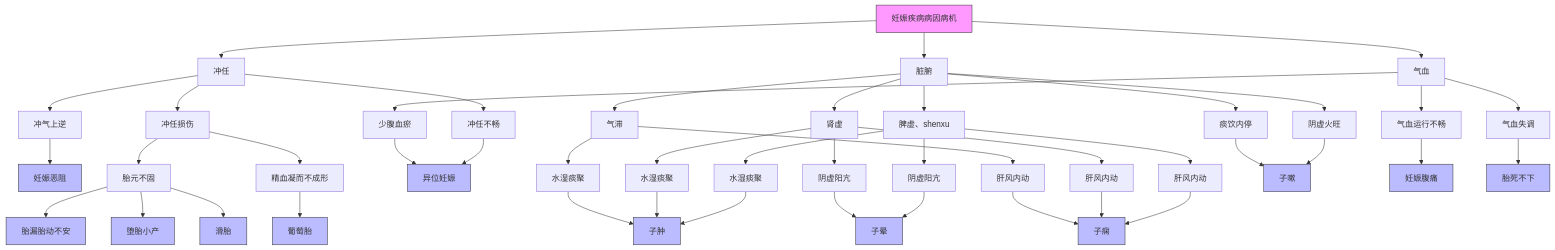
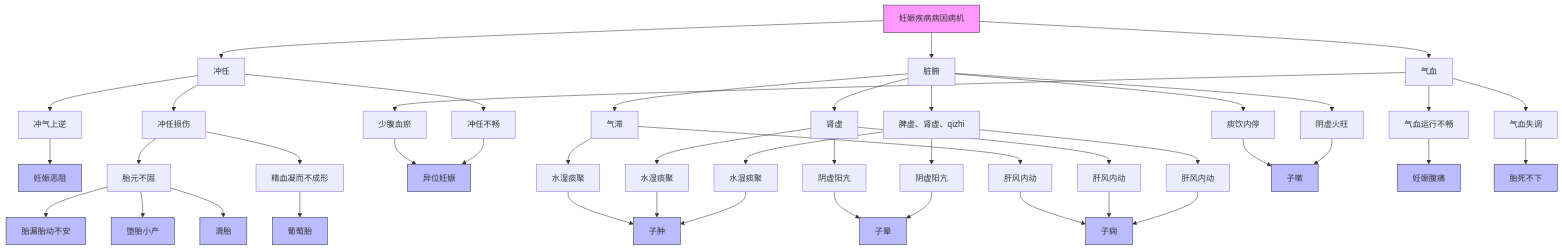
One commit to lili23755/iodraw-files changed the diagram in all/未命名.md. Above: the diagram before and after it, drawn with Mermaid.

Commit message:
2025-04-04 11:02:56 update

````diff
--- a/all/未命名.md
+++ b/all/未命名.md
@@ -1,41 +1,41 @@
 ```mermaid
 flowchart TD
     A[妊娠疾病病因病机] --> B[冲任]
     A --> C[脏腑]
     A --> D[气血]
     
     B --> B1[冲气上逆] --> 妊娠恶阻
     B --> B2[冲任损伤] --> B2a[胎元不固] -->胎漏胎动不安 & 堕胎小产 & 滑胎
     B2[冲任损伤] --> B2b[精血凝而不成形] -->葡萄胎 
     B --> B3[冲任不畅] --> 异位妊娠
     
-    C --> C1[脾虚、shenxu] --> C1a[水湿痰聚] --> 子肿
+    C --> C1[脾虚、肾虚、qizhi] --> C1a[水湿痰聚] --> 子肿
     C1 --> C1b[肝风内动] --> 子痫
     C1 --> C1c[阴虚阳亢] --> 子晕
     C --> C2[肾虚] --> C2a[水湿痰聚] --> 子肿
     C2 --> C2b[肝风内动] --> 子痫
     C2 --> C2c[阴虚阳亢] --> 子晕
     C --> C3[气滞] --> C3a[水湿痰聚] --> 子肿
     C3 --> C3b[肝风内动] --> 子痫
     C --> C4[阴虚火旺] --> 子嗽
     C --> C5[痰饮内停] --> 子嗽
     
     D --> D1[气血运行不畅] --> 妊娠腹痛
     D --> D2[气血失调] --> 胎死不下
     D --> D3[少腹血瘀] --> 异位妊娠
 
     style A fill:#f9f,stroke:#333
     style 妊娠恶阻 fill:#bbf,stroke:#333
     style 堕胎小产 fill:#bbf,stroke:#333
     style 滑胎 fill:#bbf,stroke:#333
     style 异位妊娠 fill:#bbf,stroke:#333
     style 子肿 fill:#bbf,stroke:#333
     style 子痫 fill:#bbf,stroke:#333
     style 胎漏胎动不安 fill:#bbf,stroke:#333
     style 胎死不下 fill:#bbf,stroke:#333
     style 妊娠腹痛 fill:#bbf,stroke:#333
     style 葡萄胎 fill:#bbf,stroke:#333
     style 子晕 fill:#bbf,stroke:#333
     style 子嗽 fill:#bbf,stroke:#333
 	  
 ```
````
